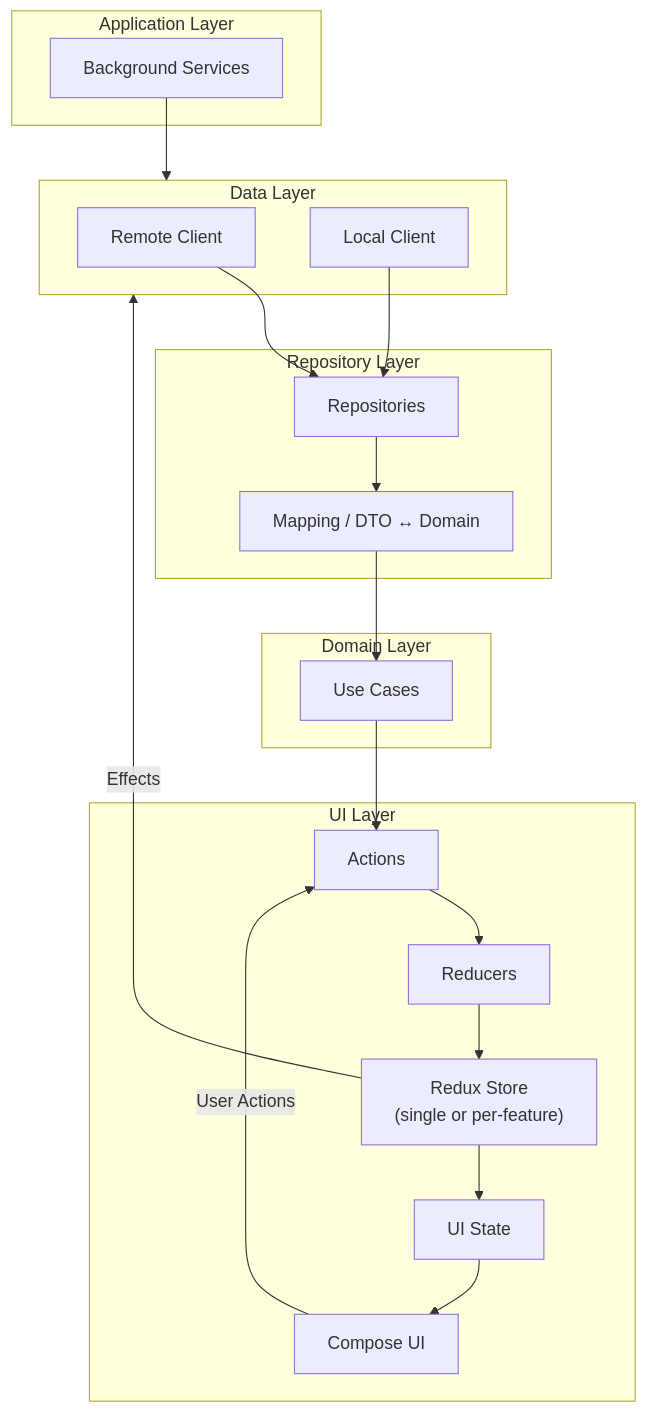
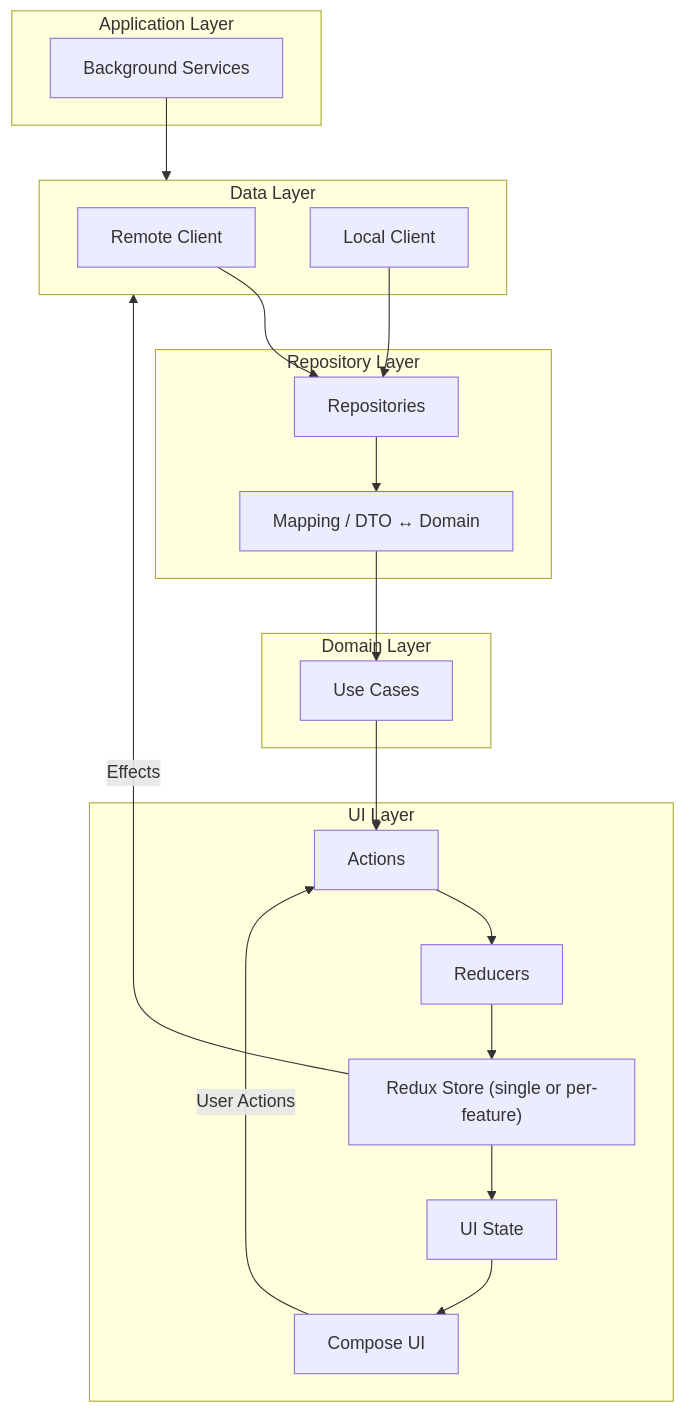
Before and after one commit to hackelia-micrantha/bluebell: the diagram in README.md, drawn with Mermaid.

````diff
--- a/README.md
+++ b/README.md
@@ -41,44 +41,44 @@
 ```mermaid
 flowchart TD
     %% Application Layer
     subgraph App["Application Layer"]
         Services["Background Services"]
     end
 
     %% Data Layer
     subgraph Data["Data Layer"]
         Remote["Remote Client"]
         Local["Local Client"]
     end
 
     %% Repository Layer
     subgraph Repo["Repository Layer"]
         RepoStore["Repositories"]
         Mapping["Mapping / DTO ↔ Domain"]
     end
 
     %% Domain Layer
     subgraph Domain["Domain Layer"]
         UseCases["Use Cases"]
     end
 
     %% UI Layer
     subgraph UI["UI Layer"]
         Actions["Actions"]
         Reducer["Reducers"]
-        Redux["Redux Store\n(single or per-feature)"]
+        Redux["Redux Store (single or per-feature)"]
         UIState["UI State"]
         Compose["Compose UI"]
     end
 
     %% Data flow (downward)
     Remote --> RepoStore
     Local --> RepoStore
     RepoStore --> Mapping --> UseCases --> Actions
     Actions --> Reducer --> Redux --> UIState --> Compose
 
     %% Feedback loops
     Compose -->|User Actions| Actions
     Redux -->|Effects| Data
     Services --> Data
 ```
````
